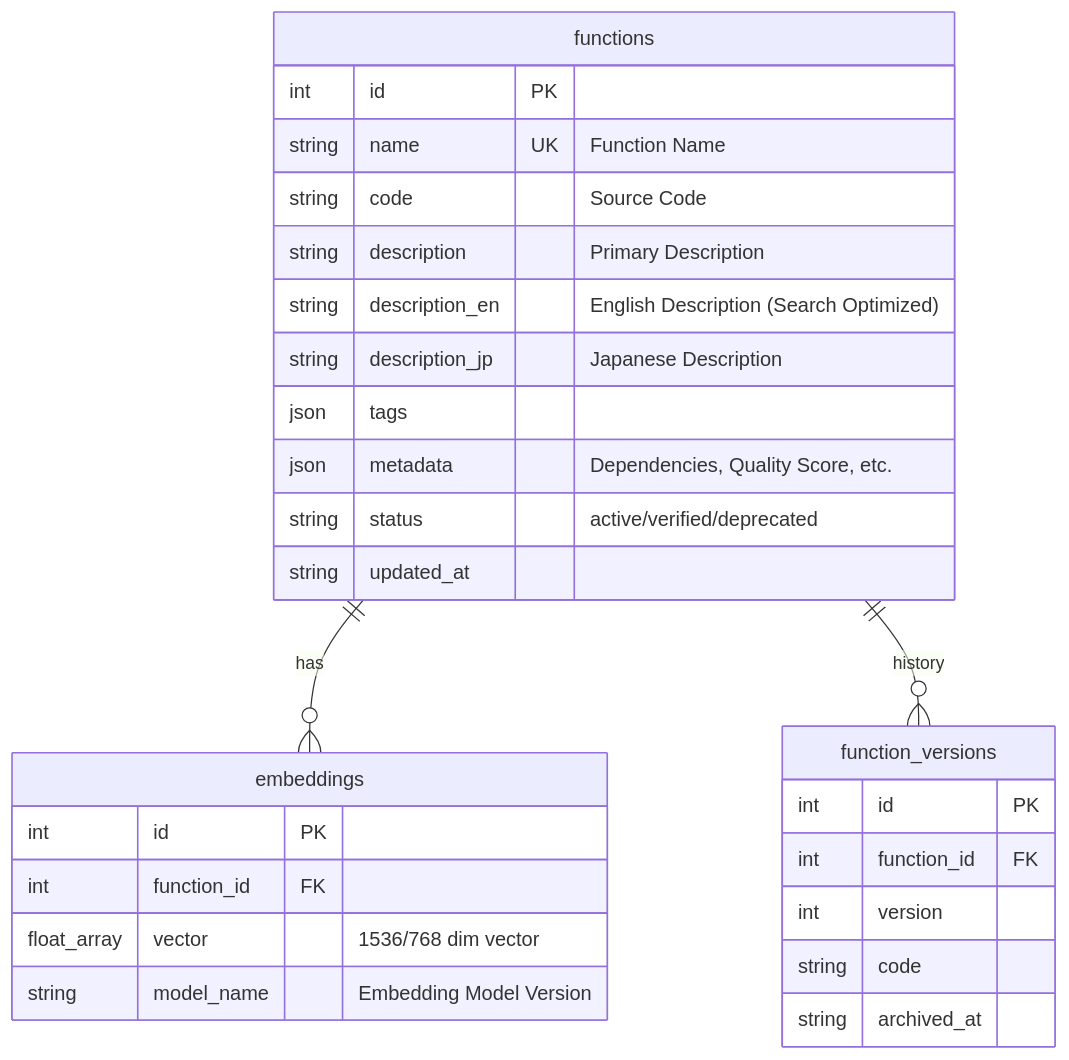
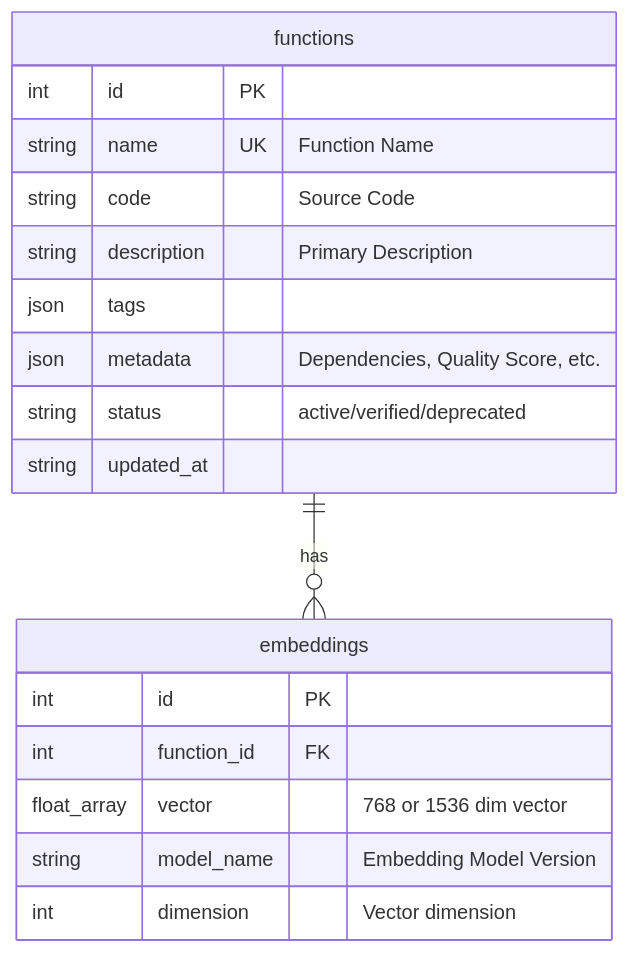
Before and after one commit to Ayato-AI-for-Auto/function-store-mcp: the second of 4 diagrams in docs/システム詳細設計書.md, drawn with Mermaid. The commit also changed other lines of this file and 58 other files, not shown here.

````diff
--- a/docs/システム詳細設計書.md
+++ b/docs/システム詳細設計書.md
@@ -146,33 +152,23 @@
 ```mermaid
 erDiagram
     functions ||--o{ embeddings : "has"
-    functions ||--o{ function_versions : "history"
     
     functions {
         int id PK
         string name UK "Function Name"
         string code "Source Code"
         string description "Primary Description"
-        string description_en "English Description (Search Optimized)"
-        string description_jp "Japanese Description"
         json tags
         json metadata "Dependencies, Quality Score, etc."
         string status "active/verified/deprecated"
         string updated_at
     }
 
     embeddings {
         int id PK
         int function_id FK
-        float_array vector "1536/768 dim vector"
+        float_array vector "768 or 1536 dim vector"
         string model_name "Embedding Model Version"
-    }
-
-    function_versions {
-        int id PK
-        int function_id FK
-        int version
-        string code
-        string archived_at
+        int dimension "Vector dimension"
     }
 ```
````
